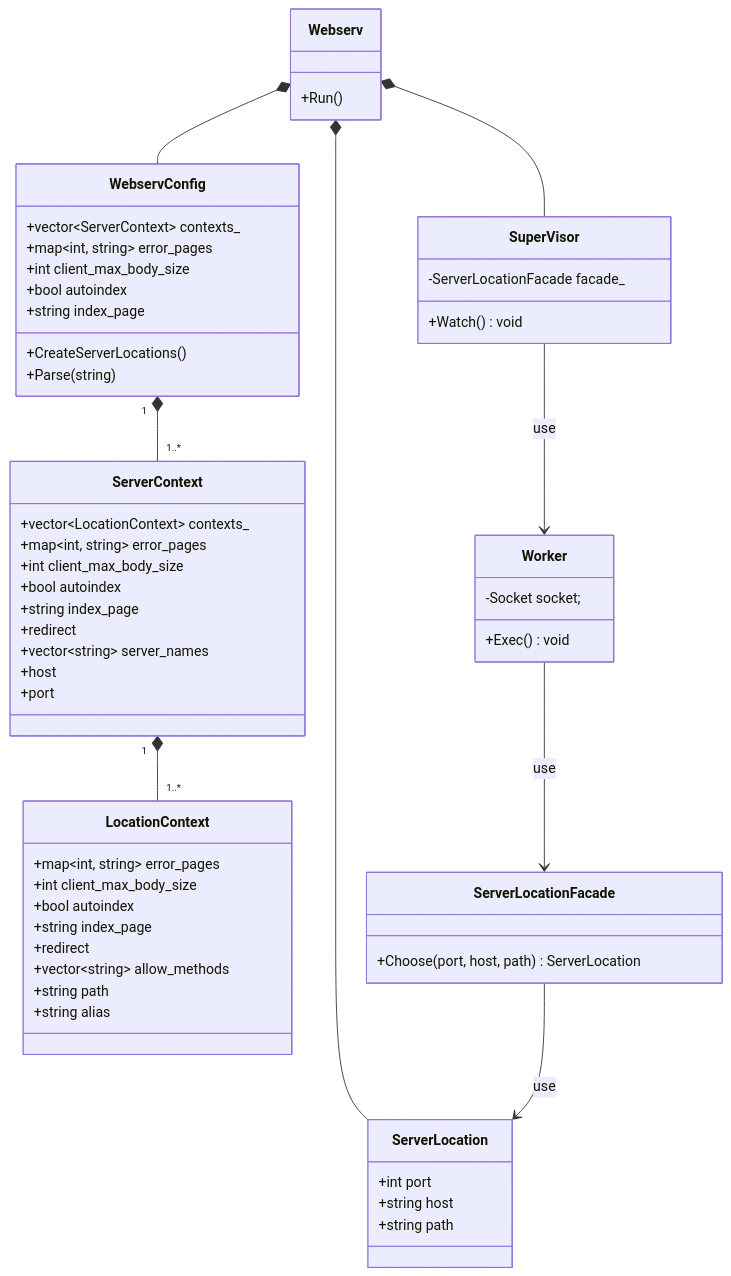
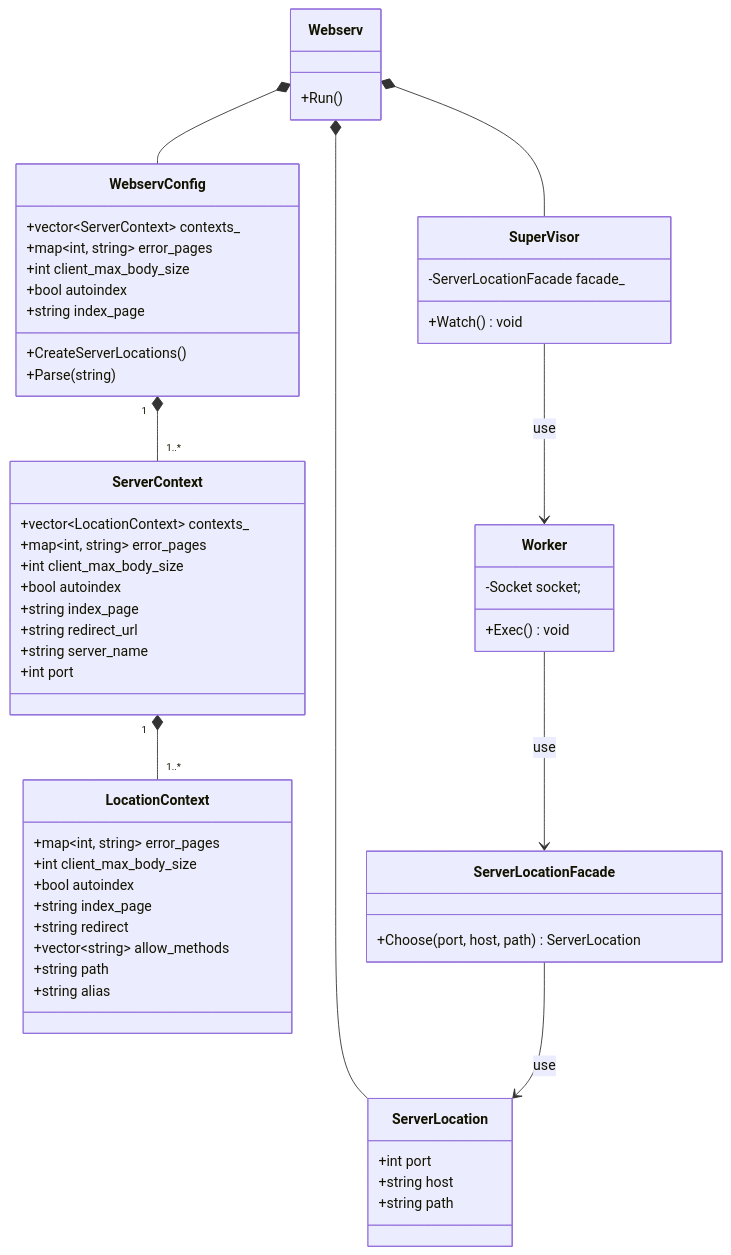
The diagram in docs/class/config_class.md (katataku/webserv), drawn with Mermaid before and after one commit. The commit also changed 3 other files, not shown here.

````diff
--- a/docs/class/config_class.md
+++ b/docs/class/config_class.md
@@ -1,76 +1,73 @@
 ```mermaid
 classDiagram
     Webserv *-- WebservConfig
     WebservConfig "1" *-- "1..*" ServerContext
     ServerContext "1" *-- "1..*" LocationContext
 
     Webserv *-- SuperVisor
     Webserv *-- ServerLocation
     SuperVisor --> Worker : use
     Worker --> ServerLocationFacade : use
     ServerLocationFacade --> ServerLocation: use
 
     class WebservConfig {
         +vector~ServerContext~ contexts_
         +map~int, string~ error_pages
         +int client_max_body_size
         +bool autoindex
         +string index_page
         +CreateServerLocations()
         +Parse(string)
     }
 
-    %% TODO: listenディレクトリは複数指定できるかを確認 %%
-    %% TODO: redirectの持ち方を検討 %%
     class ServerContext {
         +vector~LocationContext~ contexts_
         +map~int, string~ error_pages
         +int client_max_body_size
         +bool autoindex
         +string index_page
-        +redirect
-        +vector~string~ server_names
-        +host
-        +port
+        +string redirect_url
+        +string server_name
+        +int port
     }
 
     class LocationContext {
         +map~int, string~ error_pages
         +int client_max_body_size
         +bool autoindex
         +string index_page
-        +redirect
+        +string redirect
         +vector~string~ allow_methods
         +string path
         +string alias
     }
 
     class Webserv {
         +Run()
     }
 
     %% IO多重化とソケットクラスを生成してWorkerに処理を依頼するまでを担当する%%
     class SuperVisor {
         -ServerLocationFacade facade_
         +Watch() void
     }
 
     %% Socketを元に具体的な処理を担当する。 %%
     %% Requestを受け付けてResponseの返却をする %%
     class Worker {
         -Socket socket;
         +Exec() void
     }
 
     %% どのServerLocationを使用するかを決定する責務 %%
     class ServerLocationFacade {
         +Choose(port, host, path) ServerLocation
     }
 
     %% configを元に各locationごとの設定 %%
     class ServerLocation {
         +int port
         +string host
         +string path
     }
 ```
````
